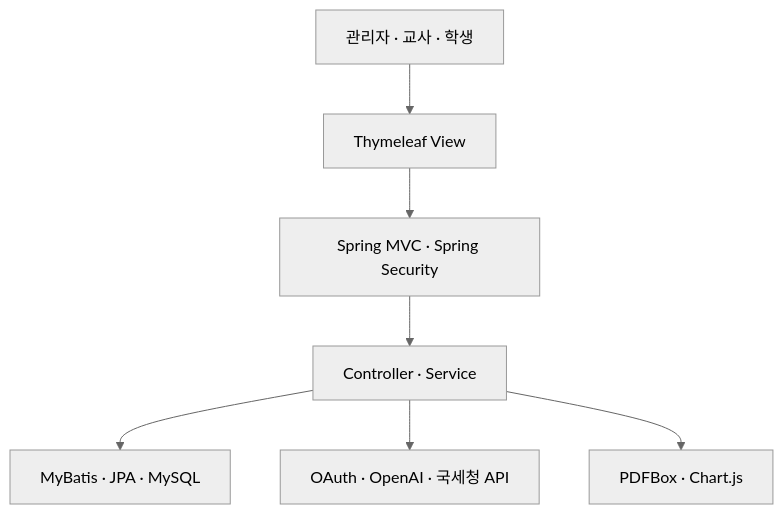
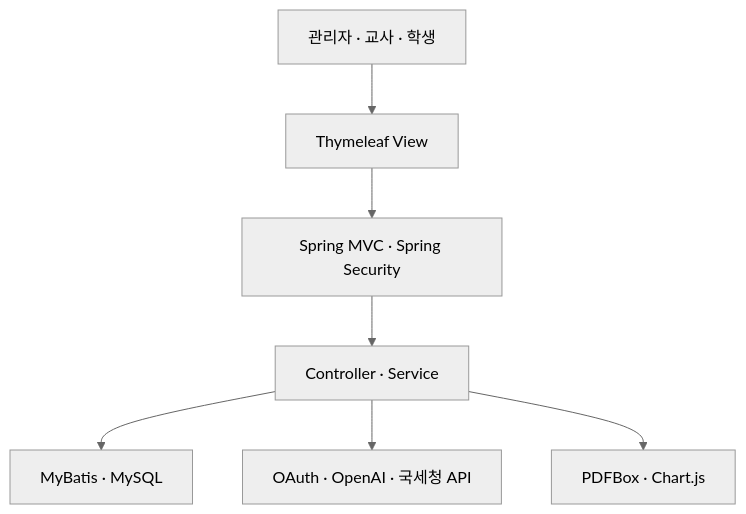
One commit to Seo-Yeon-Choi/EduPOP changed the second of 2 diagrams in README.md. Above: the diagram before and after it, drawn with Mermaid (neutral theme). The commit also changed other lines of this file, not shown here.

```diff
--- a/README.md
+++ b/README.md
@@ -104,9 +181,9 @@
 ~~~mermaid
 flowchart TB
     U["관리자 · 교사 · 학생"] --> V["Thymeleaf View"]
     V --> S["Spring MVC · Spring Security"]
     S --> B["Controller · Service"]
-    B --> D["MyBatis · JPA · MySQL"]
+    B --> D["MyBatis · MySQL"]
     B --> X["OAuth · OpenAI · 국세청 API"]
     B --> P["PDFBox · Chart.js"]
 ~~~
```
